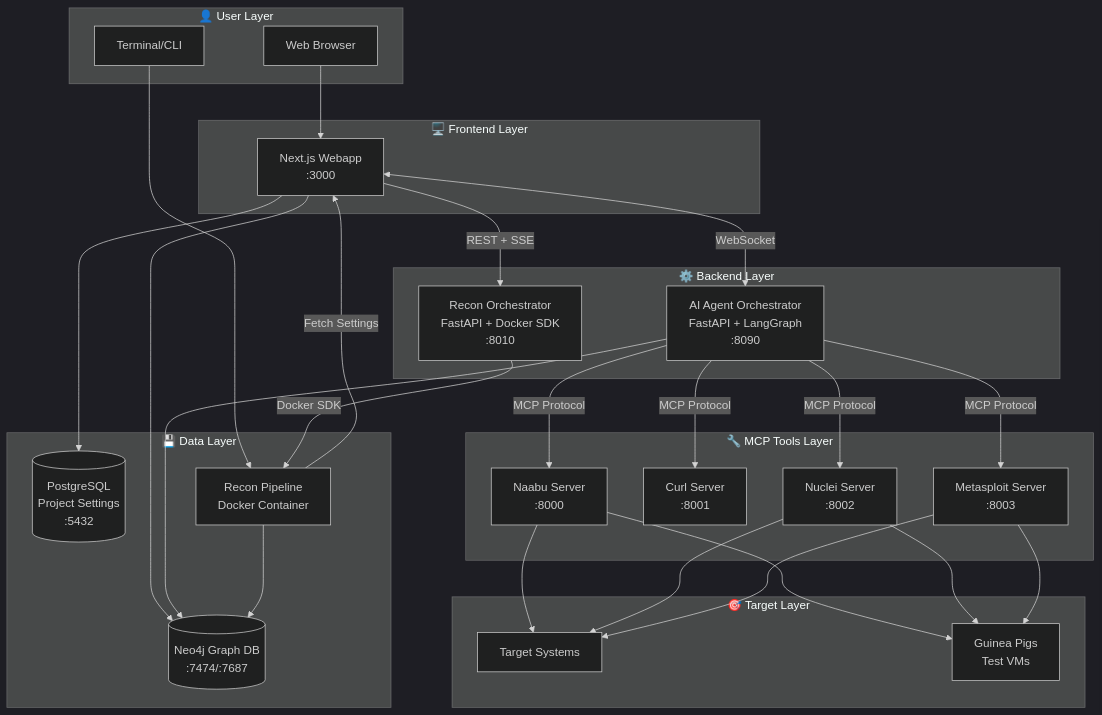
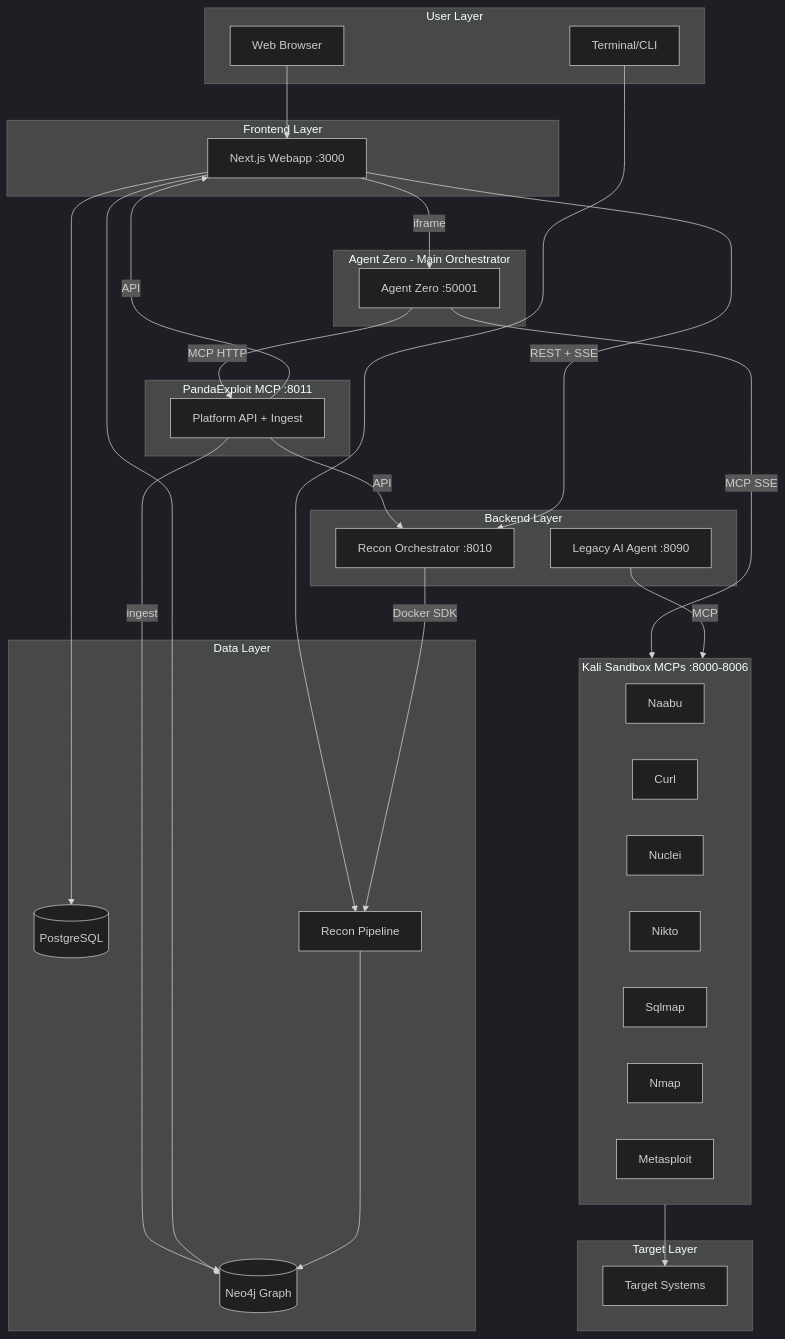
Before and after one commit to theadversys/redamon: the first of 8 diagrams in README.md, drawn with Mermaid (dark theme). The commit also changed other lines of this file, not shown here.

First line of the commit message:
docs: Update README with Agent Zero as main orchestrator

````diff
--- a/README.md
+++ b/README.md
@@ -517,55 +550,60 @@
 ```mermaid
 flowchart TB
-    subgraph User["👤 User Layer"]
+    subgraph User["User Layer"]
         Browser[Web Browser]
         CLI[Terminal/CLI]
     end
 
-    subgraph Frontend["🖥️ Frontend Layer"]
-        Webapp[Next.js Webapp<br/>:3000]
+    subgraph Frontend["Frontend Layer"]
+        Webapp[Next.js Webapp :3000]
     end
 
-    subgraph Backend["⚙️ Backend Layer"]
-        Agent[AI Agent Orchestrator<br/>FastAPI + LangGraph<br/>:8090]
-        ReconOrch[Recon Orchestrator<br/>FastAPI + Docker SDK<br/>:8010]
+    subgraph AgentZero["Agent Zero - Main Orchestrator"]
+        A0[Agent Zero :50001]
     end
 
-    subgraph Tools["🔧 MCP Tools Layer"]
-        Naabu[Naabu Server<br/>:8000]
-        Curl[Curl Server<br/>:8001]
-        Nuclei[Nuclei Server<br/>:8002]
-        Metasploit[Metasploit Server<br/>:8003]
+    subgraph PandaExploitMCP["PandaExploit MCP :8011"]
+        PE[Platform API + Ingest]
     end
 
-    subgraph Data["💾 Data Layer"]
-        Neo4j[(Neo4j Graph DB<br/>:7474/:7687)]
-        Postgres[(PostgreSQL<br/>Project Settings<br/>:5432)]
-        Recon[Recon Pipeline<br/>Docker Container]
+    subgraph Backend["Backend Layer"]
+        Agent[Legacy AI Agent :8090]
+        ReconOrch[Recon Orchestrator :8010]
     end
 
-    subgraph Targets["🎯 Target Layer"]
+    subgraph KaliTools["Kali Sandbox MCPs :8000-8006"]
+        Naabu[Naabu]
+        Curl[Curl]
+        Nuclei[Nuclei]
+        Nikto[Nikto]
+        Sqlmap[Sqlmap]
+        Nmap[Nmap]
+        Metasploit[Metasploit]
+    end
+
+    subgraph Data["Data Layer"]
+        Neo4j[(Neo4j Graph)]
+        Postgres[(PostgreSQL)]
+        Recon[Recon Pipeline]
+    end
+
+    subgraph Targets["Target Layer"]
         Target[Target Systems]
-        GuineaPigs[Guinea Pigs<br/>Test VMs]
     end
 
     Browser --> Webapp
+    Webapp -->|iframe| A0
     CLI --> Recon
-    Webapp <-->|WebSocket| Agent
+    A0 -->|MCP HTTP| PE
+    A0 -->|MCP SSE| KaliTools
+    PE -->|API| Webapp
+    PE -->|API| ReconOrch
+    PE -->|ingest| Neo4j
     Webapp -->|REST + SSE| ReconOrch
     Webapp --> Neo4j
     Webapp --> Postgres
     ReconOrch -->|Docker SDK| Recon
-    Recon -->|Fetch Settings| Webapp
-    Agent --> Neo4j
-    Agent -->|MCP Protocol| Naabu
-    Agent -->|MCP Protocol| Curl
-    Agent -->|MCP Protocol| Nuclei
-    Agent -->|MCP Protocol| Metasploit
     Recon --> Neo4j
-    Naabu --> Target
-    Nuclei --> Target
-    Metasploit --> Target
-    Naabu --> GuineaPigs
-    Nuclei --> GuineaPigs
-    Metasploit --> GuineaPigs
+    Agent -->|MCP| KaliTools
+    KaliTools --> Target
 ```
````
